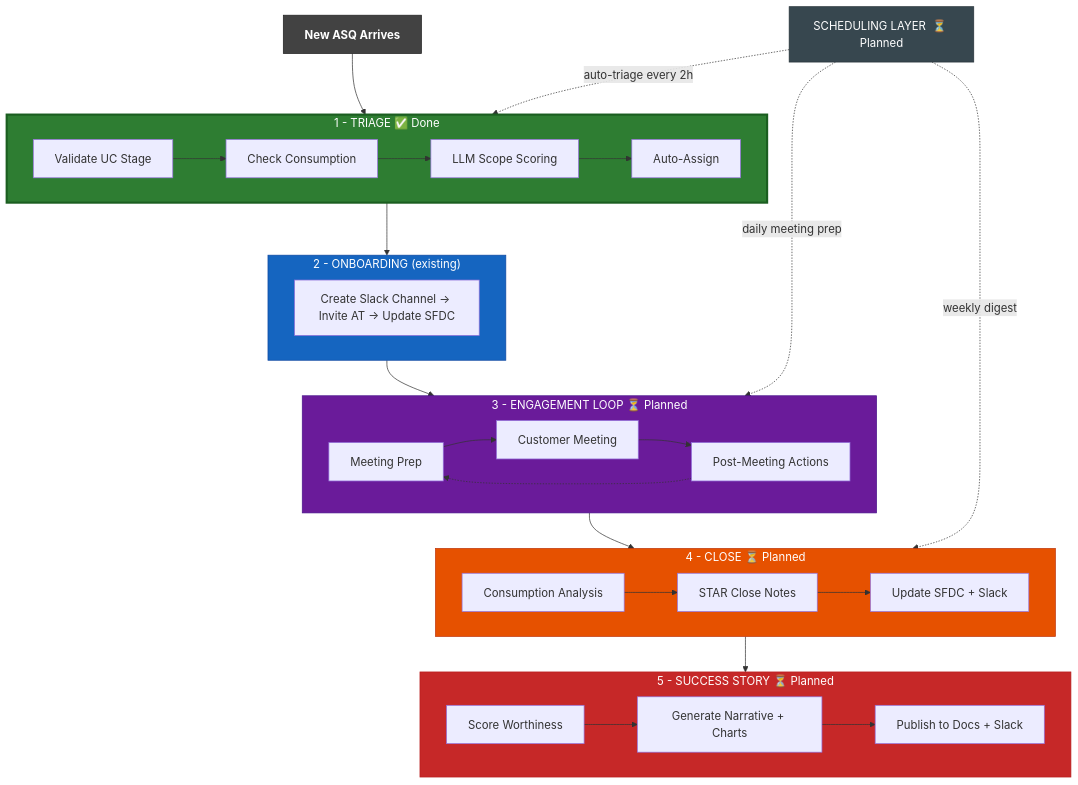
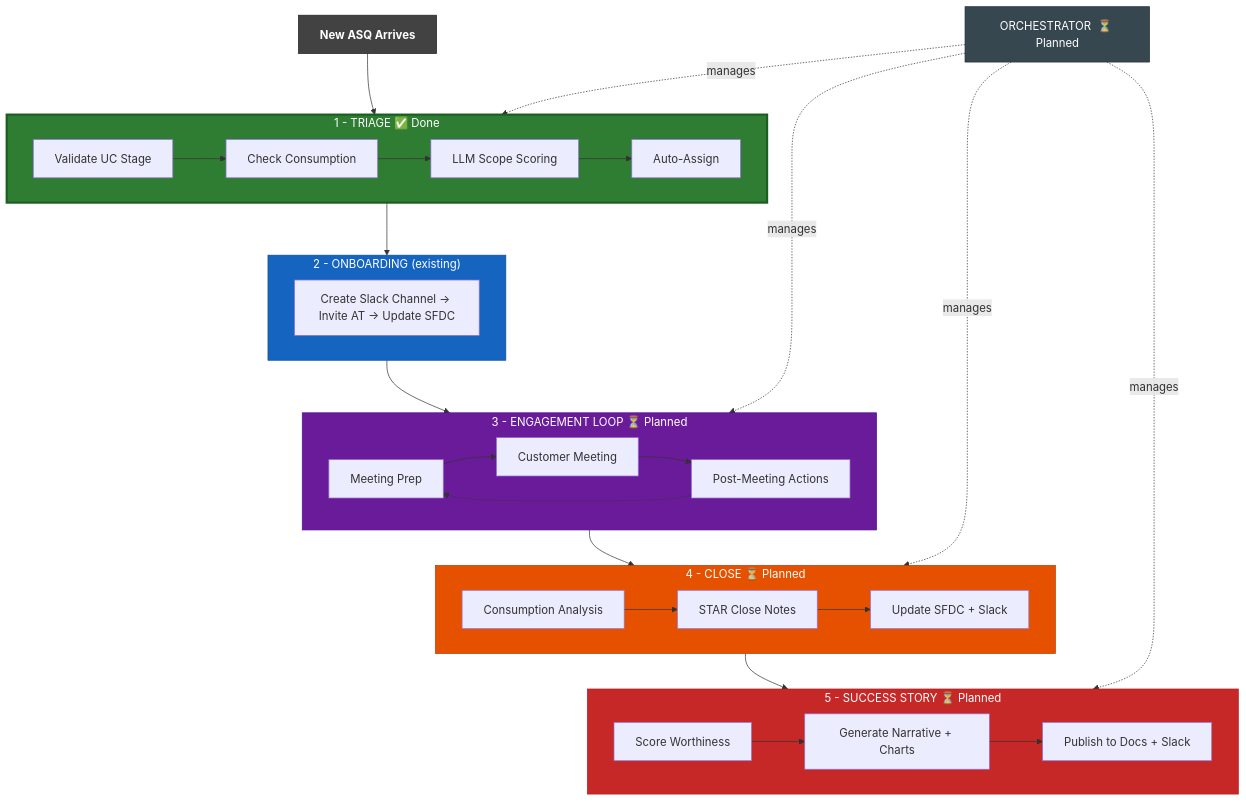
Before and after one commit to shdzhang/emea-sts-productivity-hackathon: the diagram in README.md, drawn with Mermaid. The commit also changed other lines of this file, not shown here.

First line of the commit message:
Replace asq-digest with asq-orchestrator in README

````diff
--- a/README.md
+++ b/README.md
@@ -13,50 +13,51 @@
 ```mermaid
 graph TD
     A["<b>New ASQ Arrives</b>"] --> B
 
     subgraph B["1 - TRIAGE  ✅ Done"]
         B1["Validate UC Stage"] --> B2["Check Consumption"]
         B2 --> B3["LLM Scope Scoring"]
         B3 --> B4["Auto-Assign"]
     end
 
     B --> C
 
     subgraph C["2 - ONBOARDING  (existing)"]
         C1["Create Slack Channel → Invite AT → Update SFDC"]
     end
 
     C --> D
 
     subgraph D["3 - ENGAGEMENT LOOP  ⏳ Planned"]
         D1["Meeting Prep"] --> D2["Customer Meeting"]
         D2 --> D3["Post-Meeting Actions"]
         D3 -.-> D1
     end
 
     D --> E
 
     subgraph E["4 - CLOSE  ⏳ Planned"]
         E1["Consumption Analysis"] --> E2["STAR Close Notes"]
         E2 --> E3["Update SFDC + Slack"]
     end
 
     E --> F
 
     subgraph F["5 - SUCCESS STORY  ⏳ Planned"]
         F1["Score Worthiness"] --> F2["Generate Narrative + Charts"]
         F2 --> F3["Publish to Docs + Slack"]
     end
 
-    G["SCHEDULING LAYER  ⏳ Planned"] -.->|"auto-triage every 2h"| B
-    G -.->|"daily meeting prep"| D
-    G -.->|"weekly digest"| E
+    G["ORCHESTRATOR  ⏳ Planned"] -.->|"manages"| B
+    G -.->|"manages"| D
+    G -.->|"manages"| E
+    G -.->|"manages"| F
 
     style B fill:#2e7d32,color:#fff,stroke:#1b5e20,stroke-width:3px
     style C fill:#1565c0,color:#fff,stroke:#0d47a1
     style D fill:#6a1b9a,color:#fff,stroke:#4a148c
     style E fill:#e65100,color:#fff,stroke:#bf360c
     style F fill:#c62828,color:#fff,stroke:#b71c1c
     style G fill:#37474f,color:#fff,stroke:#263238
     style A fill:#424242,color:#fff,stroke:#212121
 ```
````
